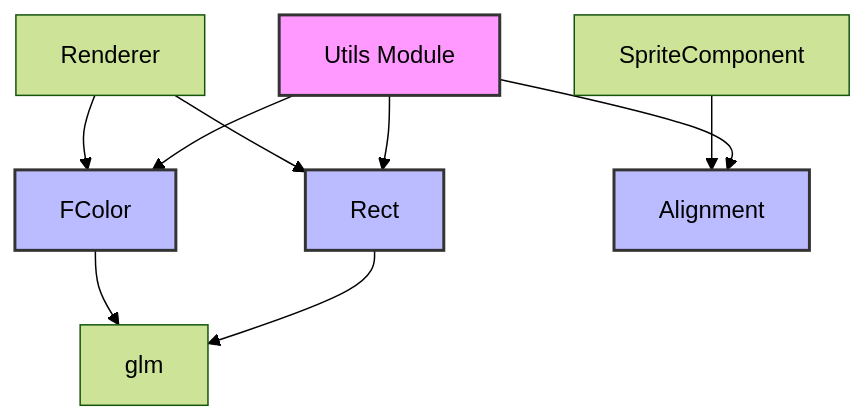
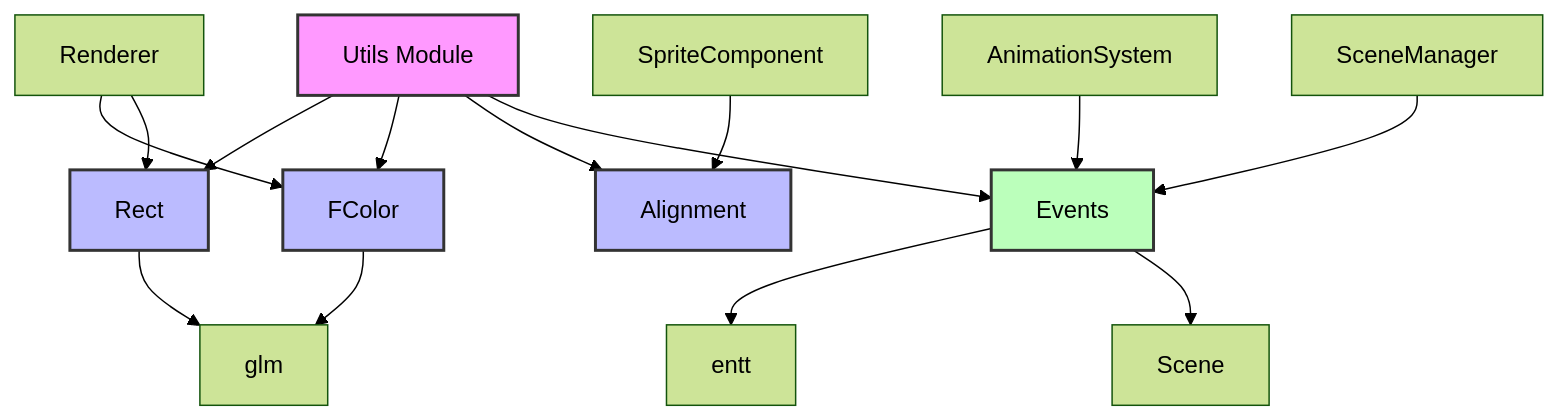
One commit to hezhangtdzs/MonsterWar changed the diagram in doc/engine/utils/README.md. Above: the diagram before and after it, drawn with Mermaid (forest theme). The commit also changed other lines of this file and 98 other files, not shown here.

````diff
--- a/doc/engine/utils/README.md
+++ b/doc/engine/utils/README.md
@@ -243,20 +331,26 @@
 ```mermaid
 graph TB
     Utils[Utils Module]
     
     Utils --> Rect
     Utils --> FColor
     Utils --> Alignment
+    Utils --> Events
     
     Rect --> glm
     FColor --> glm
+    Events --> entt
+    Events --> Scene
     
     Renderer --> FColor
     Renderer --> Rect
     SpriteComponent --> Alignment
+    AnimationSystem --> Events
+    SceneManager --> Events
     
     style Utils fill:#f9f,stroke:#333,stroke-width:2px
     style Rect fill:#bbf,stroke:#333,stroke-width:2px
     style FColor fill:#bbf,stroke:#333,stroke-width:2px
     style Alignment fill:#bbf,stroke:#333,stroke-width:2px
+    style Events fill:#bfb,stroke:#333,stroke-width:2px
 ```
````
